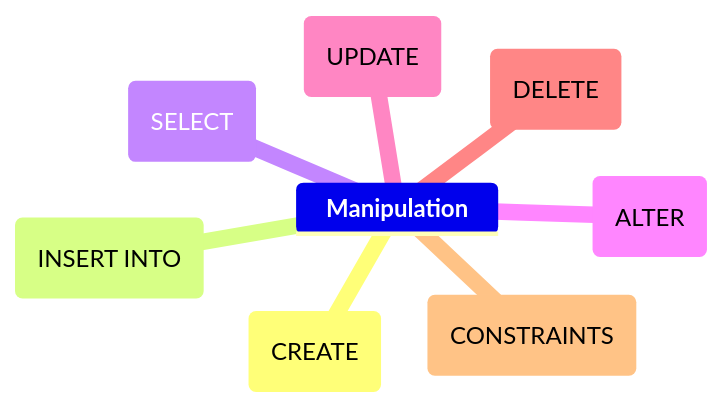
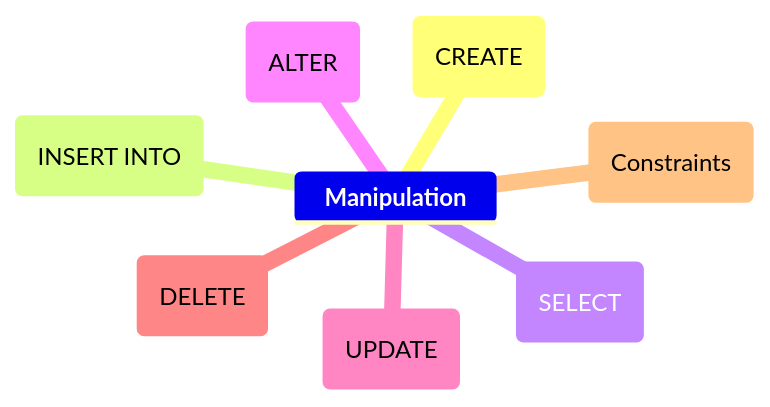
Before and after one commit to MarvinSilcGit/Learning: the second of 2 diagrams in SQLite/README.md, drawn with Mermaid.

````diff
--- a/SQLite/README.md
+++ b/SQLite/README.md
@@ -48,11 +48,11 @@
 ```mermaid
 mindmap
 	**Manipulation**
 		(CREATE)
 		(INSERT INTO)
 		(SELECT)
 		(ALTER)
 		(UPDATE)
 		(DELETE)
-		(CONSTRAINTS)
+		(Constraints)
 ```
````
